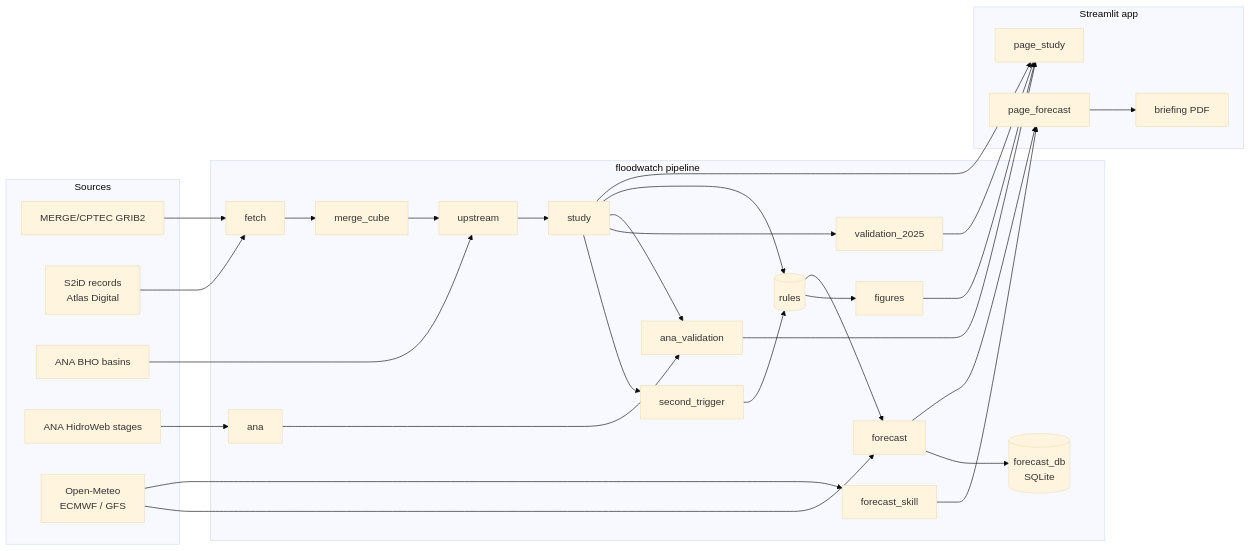
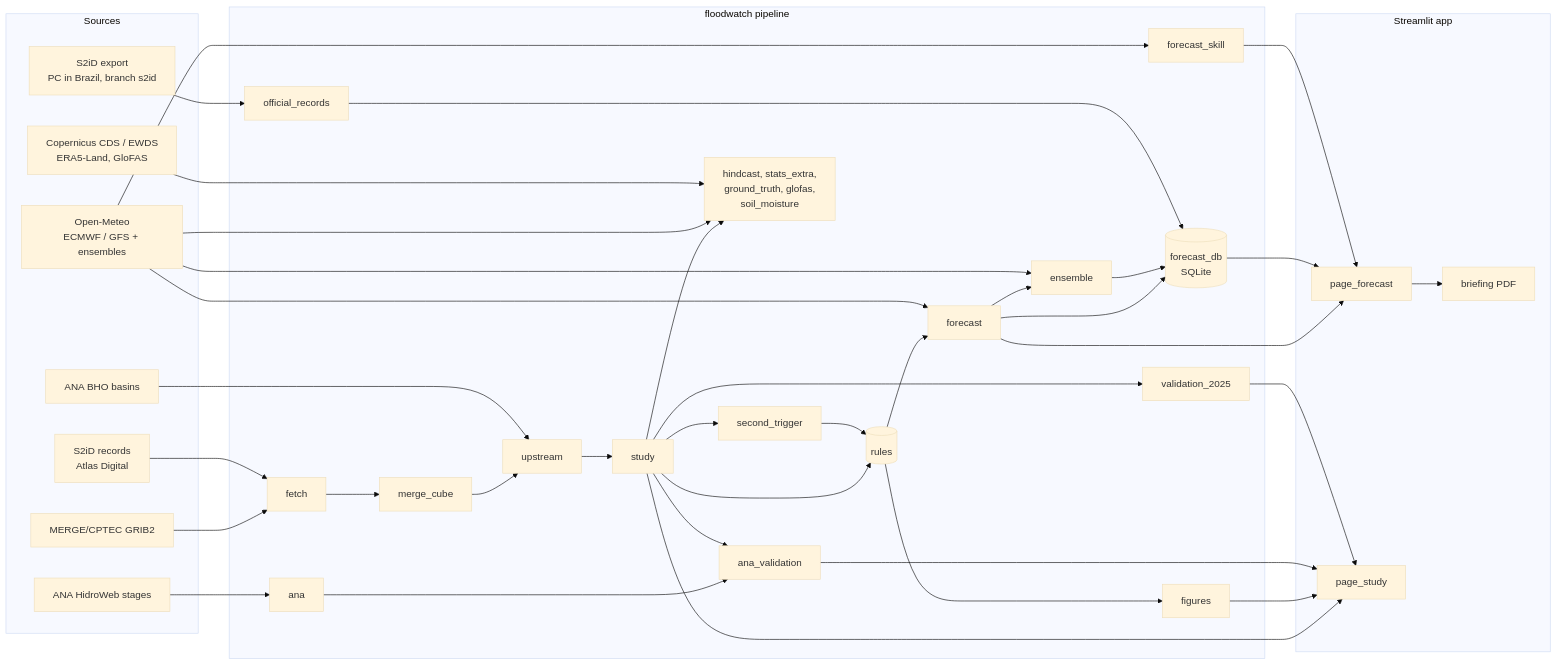
The diagram in README.md (valkiriaandrade/rs-corridor-flood-watch), drawn with Mermaid (base theme) before and after one commit. The commit also changed other lines of this file and 4 other files, not shown here.

````diff
--- a/README.md
+++ b/README.md
@@ -242,41 +265,53 @@
 ```mermaid
 flowchart LR
   subgraph Sources
     MERGE[MERGE/CPTEC GRIB2]
     S2ID[S2iD records<br/>Atlas Digital]
     BHO[ANA BHO basins]
     HW[ANA HidroWeb stages]
-    OM[Open-Meteo<br/>ECMWF / GFS]
+    OM[Open-Meteo<br/>ECMWF / GFS + ensembles]
+    S2PC[S2iD export<br/>PC in Brazil, branch s2id]
+    COP[Copernicus CDS / EWDS<br/>ERA5-Land, GloFAS]
   end
   subgraph Pipeline [floodwatch pipeline]
     FETCH[fetch] --> CUBE[merge_cube]
     CUBE --> UP[upstream]
     UP --> STUDY[study]
     STUDY --> TRIG[second_trigger]
     STUDY --> V25[validation_2025]
     ANA[ana] --> ANAV[ana_validation]
     STUDY --> ANAV
     STUDY --> RULES[(rules)]
     TRIG --> RULES
     RULES --> FIG[figures]
     RULES --> FC[forecast]
     FC --> DB[(forecast_db<br/>SQLite)]
+    FC --> ENS[ensemble]
+    ENS --> DB
+    OR[official_records] --> DB
     SKILL[forecast_skill]
+    SUP[hindcast, stats_extra,<br/>ground_truth, glofas,<br/>soil_moisture]
+    STUDY --> SUP
   end
   subgraph App [Streamlit app]
     PF[page_forecast] --> BR[briefing PDF]
     PS[page_study]
   end
   MERGE --> FETCH
   S2ID --> FETCH
   BHO --> UP
   HW --> ANA
   OM --> FC
   OM --> SKILL
+  OM --> ENS
+  OM --> SUP
+  S2PC --> OR
+  COP --> SUP
   FC --> PF
+  DB --> PF
   SKILL --> PF
   STUDY --> PS
   FIG --> PS
   ANAV --> PS
   V25 --> PS
 ```
````
